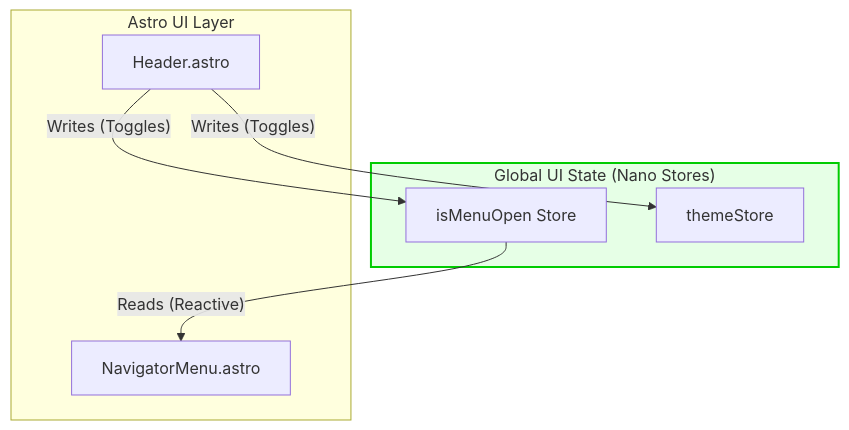
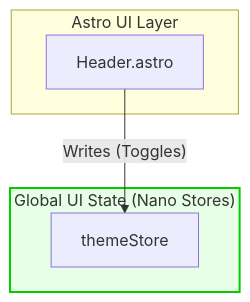
The diagram in docs/exec-plans/header.spec.md (Alexits93/ai-architecture-portfolio), drawn with Mermaid before and after one commit. The commit also changed other lines of this file and 8 other files, not shown here.

````diff
--- a/docs/exec-plans/header.spec.md
+++ b/docs/exec-plans/header.spec.md
@@ -13,21 +13,17 @@
 ```mermaid
 flowchart TD
     %% Nano Stores (Global State)
     subgraph State ["Global UI State (Nano Stores)"]
-        isMenuOpen[isMenuOpen Store]
         themeState[themeStore]
     end
 
     %% Astro Components
     subgraph UI ["Astro UI Layer"]
         Header["Header.astro"]
-        Nav["NavigatorMenu.astro"]
     end
 
     %% Decoupled Flow
-    Header -- "Writes (Toggles)" --> isMenuOpen
     Header -- "Writes (Toggles)" --> themeState
-    isMenuOpen -- "Reads (Reactive)" --> Nav
     
     style State fill:#e6ffe6,stroke:#00cc00,stroke-width:2px
 ```
````
